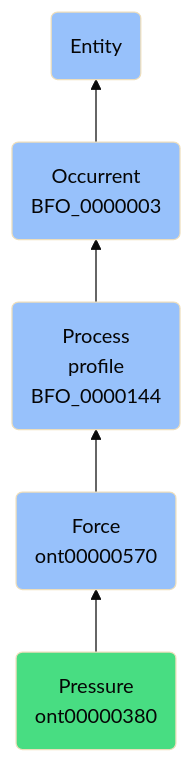
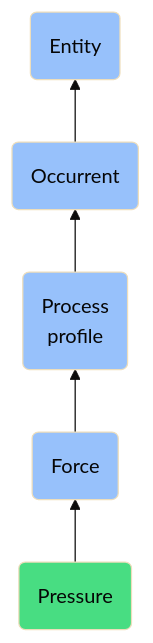
The diagram in docs/ontology/reference/model/Entity/Occurrent/Process profile/Force/Pressure/Pressure.md (jupyter-naas/abi), drawn with Mermaid (base theme) before and after one commit. The commit also changed other lines of this file and 1430 other files, not shown here.

````diff
--- a/docs/ontology/reference/model/Entity/Occurrent/Process profile/Force/Pressure/Pressure.md
+++ b/docs/ontology/reference/model/Entity/Occurrent/Process profile/Force/Pressure/Pressure.md
@@ -24,12 +24,12 @@
 ```mermaid
 graph BT
-    ont00000380(Pressure<br>ont00000380):::ABI-->ont00000570
-    ont00000570(Force<br>ont00000570):::BFO-->BFO_0000144
-    BFO_0000144(Process<br>profile<br>BFO_0000144):::BFO-->BFO_0000003
-    BFO_0000003(Occurrent<br>BFO_0000003):::BFO-->BFO_0000001
+    ont00000380(Pressure):::ABI-->ont00000570
+    ont00000570(Force):::BFO-->BFO_0000144
+    BFO_0000144(Process<br>profile):::BFO-->BFO_0000003
+    BFO_0000003(Occurrent):::BFO-->BFO_0000001
     BFO_0000001(Entity):::BFO
     
     classDef BFO fill:#97c1fb,color:#060606
     classDef CCO fill:#e4c51e,color:#060606
     classDef ABI fill:#48DD82,color:#060606
 ```
````
